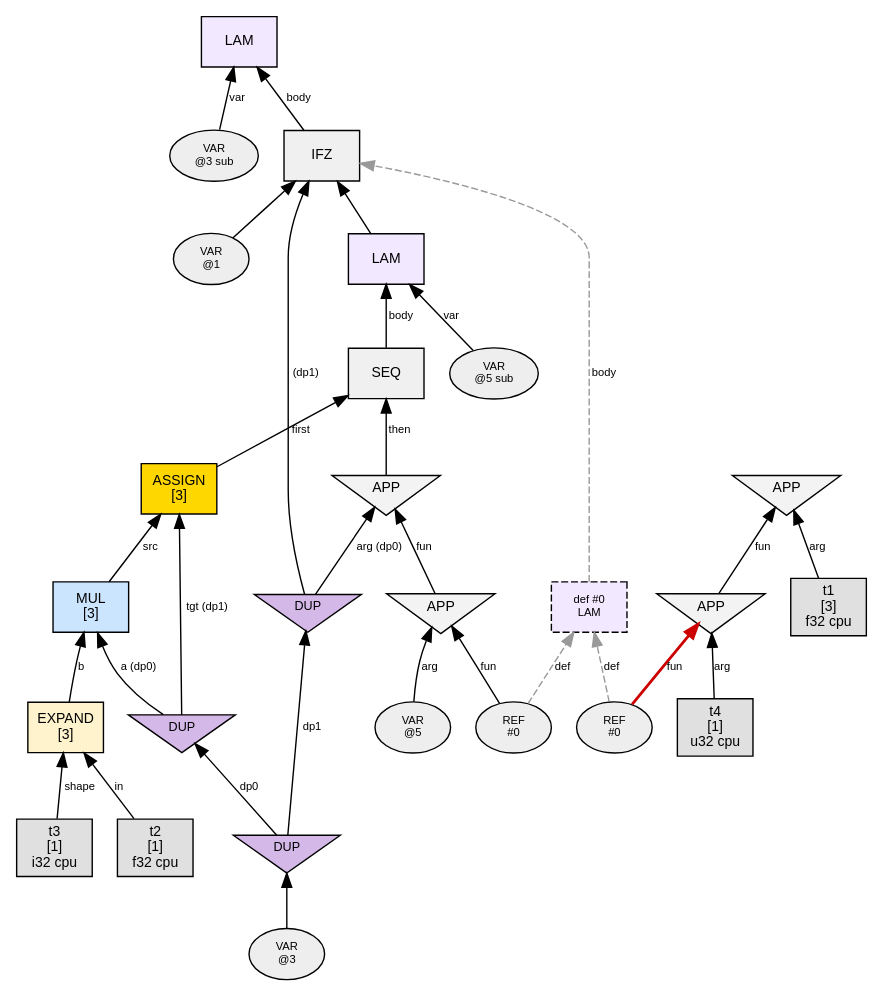
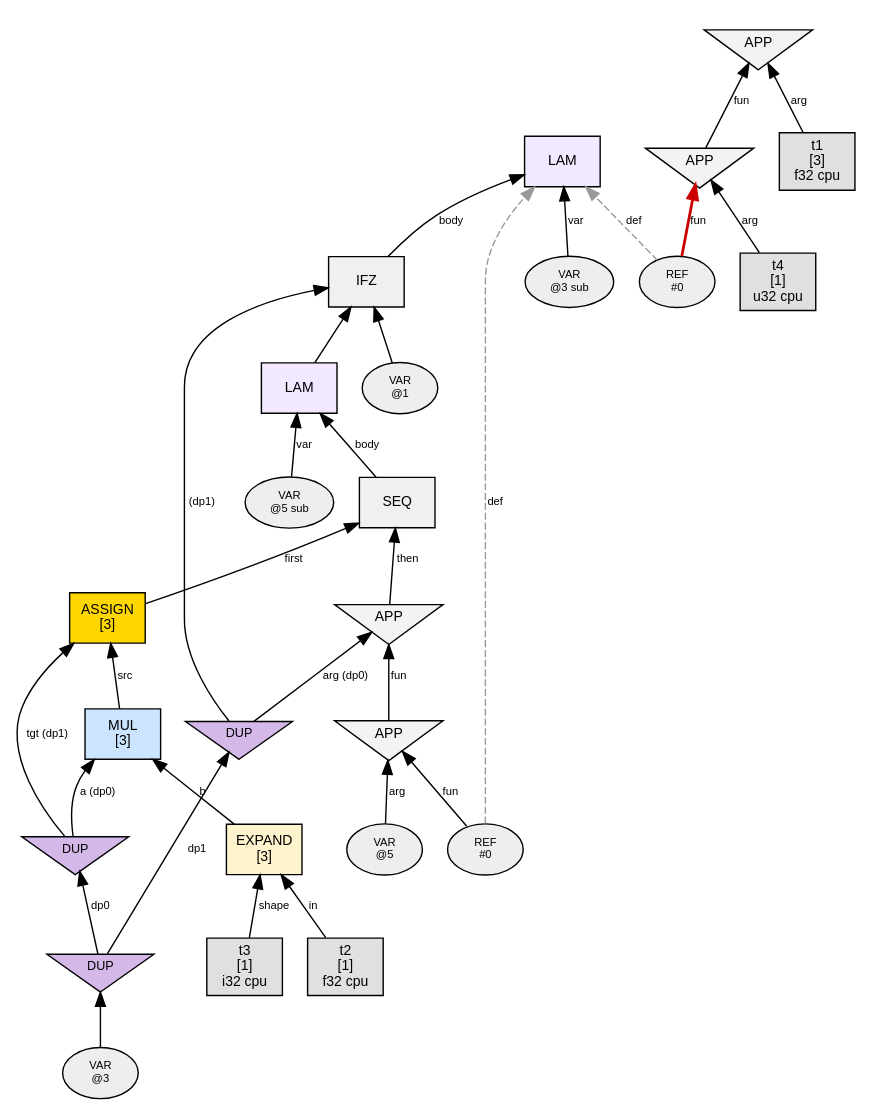
The diagram in phase1_graphs/loop_assign_simple/n1_steps/step_000_state_init.dot (sw1sh/TinyHVM), drawn with Graphviz before and after one commit. The commit also changed 77 other files, not shown here.

First line of the commit message:
fix: REF points to existing LAM node, no proxy

```diff
--- a/phase1_graphs/loop_assign_simple/n1_steps/step_000_state_init.dot
+++ b/phase1_graphs/loop_assign_simple/n1_steps/step_000_state_init.dot
@@ -1,63 +1,61 @@
 digraph G {
   // PREV_INTERACTION: state_init
   // NEXT_INTERACTION: interact_REF
   rankdir=BT;
   node [fontname="Helvetica", fontsize=10, style=filled, shape=box, margin="0.1,0.05"];
   edge [fontsize=8, fontname="Helvetica"];
 
   n3 [label="LAM", shape=box, fillcolor="#f2e8ff"];
   var3 [label="VAR\n@3 sub", shape=oval, fillcolor="#eeeeee", fontsize=8];
   var3 -> n3 [label="var"];
   n26 -> n3 [label="body"];
   n26 [label="IFZ", shape=box, fillcolor="#f0f0f0"];
   var26 [label="VAR\n@1", shape=oval, fillcolor="#eeeeee", fontsize=8];
   var26 -> n26 [label=""];
   dup9 [label="DUP", shape=invtriangle, fillcolor="#d4b8e8", fontsize=9, width=0.7, height=0.5];
   dup7 -> dup9 [label="dp1"];
   dup7 [label="DUP", shape=invtriangle, fillcolor="#d4b8e8", fontsize=9, width=0.7, height=0.5];
   var7 [label="VAR\n@3", shape=oval, fillcolor="#eeeeee", fontsize=8];
   var7 -> dup7;
   dup9 -> n26 [label=" (dp1)"];
   n5 -> n26 [label=""];
   n24 [label="SEQ", shape=box, fillcolor="#f0f0f0"];
   n18 -> n24 [label="first"];
   n22 -> n24 [label="then"];
   n10 [label="EXPAND\n[3]", shape=box, fillcolor="#fff3cd"];
   t2 [label="t2\n[1]\nf32 cpu",shape=box,fillcolor="#e0e0e0"];
   t2 -> n10 [label="in"];
   t3 [label="t3\n[1]\ni32 cpu",shape=box,fillcolor="#e0e0e0"];
   t3 -> n10 [label="shape"];
   n14 [label="MUL\n[3]", shape=box, fillcolor="#cce5ff"];
   dup8 [label="DUP", shape=invtriangle, fillcolor="#d4b8e8", fontsize=9, width=0.7, height=0.5];
   dup7 -> dup8 [label="dp0"];
   dup8 -> n14 [label="a (dp0)"];
   n10 -> n14 [label="b"];
   ref20 [label="REF\n#0", shape=oval, fillcolor="#eeeeee", fontsize=8];
-  def0 [label="def #0\nLAM", shape=box, fillcolor="#f2e8ff", style="filled,dashed", fontsize=8];
-  def0 -> n26 [style=dashed, color="#999999", label="body"];
-  ref20 -> def0 [style=dashed, color="#999999", label="def"];
+  ref20 -> n3 [style=dashed, color="#999999", label="def"];
   n20 [label="APP", shape=invtriangle, fillcolor="#f3f3f3"];
   ref20 -> n20 [label="fun"];
   var21 [label="VAR\n@5", shape=oval, fillcolor="#eeeeee", fontsize=8];
   var21 -> n20 [label="arg"];
   n18 [label="ASSIGN\n[3]", shape=box, fillcolor="#ffd700"];
   dup8 -> n18 [label="tgt (dp1)"];
   n14 -> n18 [label="src"];
   n22 [label="APP", shape=invtriangle, fillcolor="#f3f3f3"];
   n20 -> n22 [label="fun"];
   dup9 -> n22 [label="arg (dp0)"];
   n5 [label="LAM", shape=box, fillcolor="#f2e8ff"];
   var5 [label="VAR\n@5 sub", shape=oval, fillcolor="#eeeeee", fontsize=8];
   var5 -> n5 [label="var"];
   n24 -> n5 [label="body"];
   ref29 [label="REF\n#0", shape=oval, fillcolor="#eeeeee", fontsize=8];
-  ref29 -> def0 [style=dashed, color="#999999", label="def"];
+  ref29 -> n3 [style=dashed, color="#999999", label="def"];
   n29 [label="APP", shape=invtriangle, fillcolor="#f3f3f3"];
   ref29 -> n29 [label="fun",color="#cc0000",penwidth=2.0];
   t4 [label="t4\n[1]\nu32 cpu",shape=box,fillcolor="#e0e0e0"];
   t4 -> n29 [label="arg"];
   n31 [label="APP", shape=invtriangle, fillcolor="#f3f3f3"];
   n29 -> n31 [label="fun"];
   t1 [label="t1\n[3]\nf32 cpu",shape=box,fillcolor="#e0e0e0"];
   t1 -> n31 [label="arg"];
 }
```
